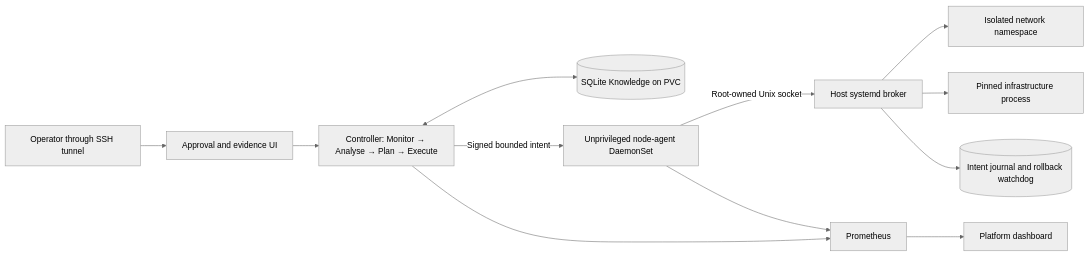
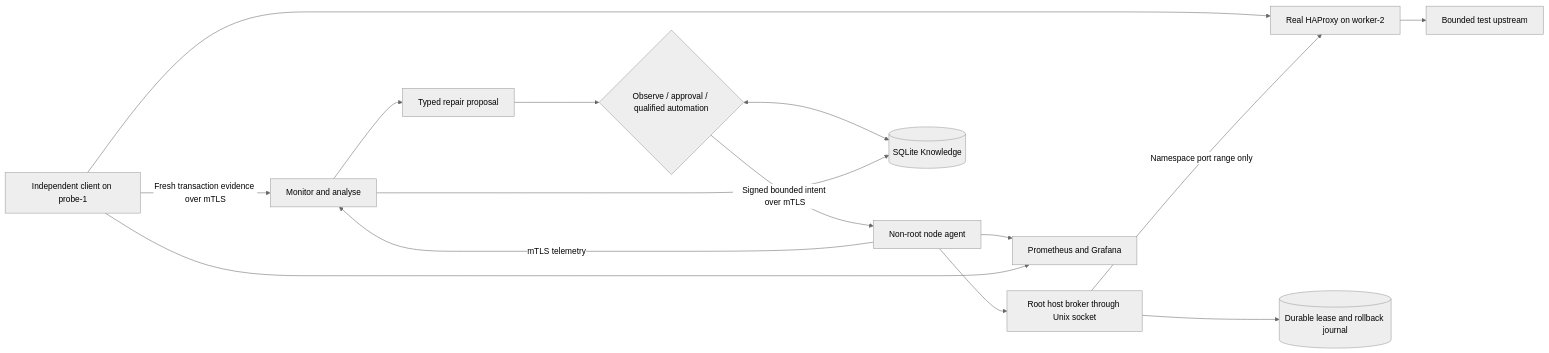
One commit to TusharShingrani/Self-healing-infrastructure changed the diagram in README.md. Above: the diagram before and after it, drawn with Mermaid (neutral theme). The commit also changed other lines of this file and 44 other files, not shown here.

Commit message:
Integrate real HAProxy gateway recovery with mTLS and scoped control modes

````diff
--- a/README.md
+++ b/README.md
@@ -19,14 +13,17 @@
 ```mermaid
 flowchart LR
-  Operator[Operator through SSH tunnel] --> UI[Approval and evidence UI]
-  UI --> Controller[Controller: Monitor → Analyse → Plan → Execute]
-  Controller <--> Knowledge[(SQLite Knowledge on PVC)]
-  Controller -->|Signed bounded intent| Agent[Unprivileged node-agent DaemonSet]
-  Agent -->|Root-owned Unix socket| Broker[Host systemd broker]
-  Broker --> Ports[Isolated network namespace]
-  Broker --> FDs[Pinned infrastructure process]
-  Broker --> Journal[(Intent journal and rollback watchdog)]
-  Agent --> Prometheus[Prometheus]
-  Controller --> Prometheus
-  Prometheus --> Grafana[Platform dashboard]
+  Client[Independent client on probe-1] --> Gateway[Real HAProxy on worker-2]
+  Gateway --> Upstream[Bounded test upstream]
+  Client -->|Fresh transaction evidence over mTLS| Monitor[Monitor and analyse]
+  Agent[Non-root node agent] -->|mTLS telemetry| Monitor
+  Monitor --> Plan[Typed repair proposal]
+  Plan --> Approval{Observe / approval / qualified automation}
+  Approval -->|Signed bounded intent over mTLS| Agent
+  Agent --> Broker[Root host broker through Unix socket]
+  Broker -->|Namespace port range only| Gateway
+  Broker --> Journal[(Durable lease and rollback journal)]
+  Approval <--> Knowledge[(SQLite Knowledge)]
+  Monitor --> Knowledge
+  Agent --> Prometheus[Prometheus and Grafana]
+  Client --> Prometheus
 ```
````
